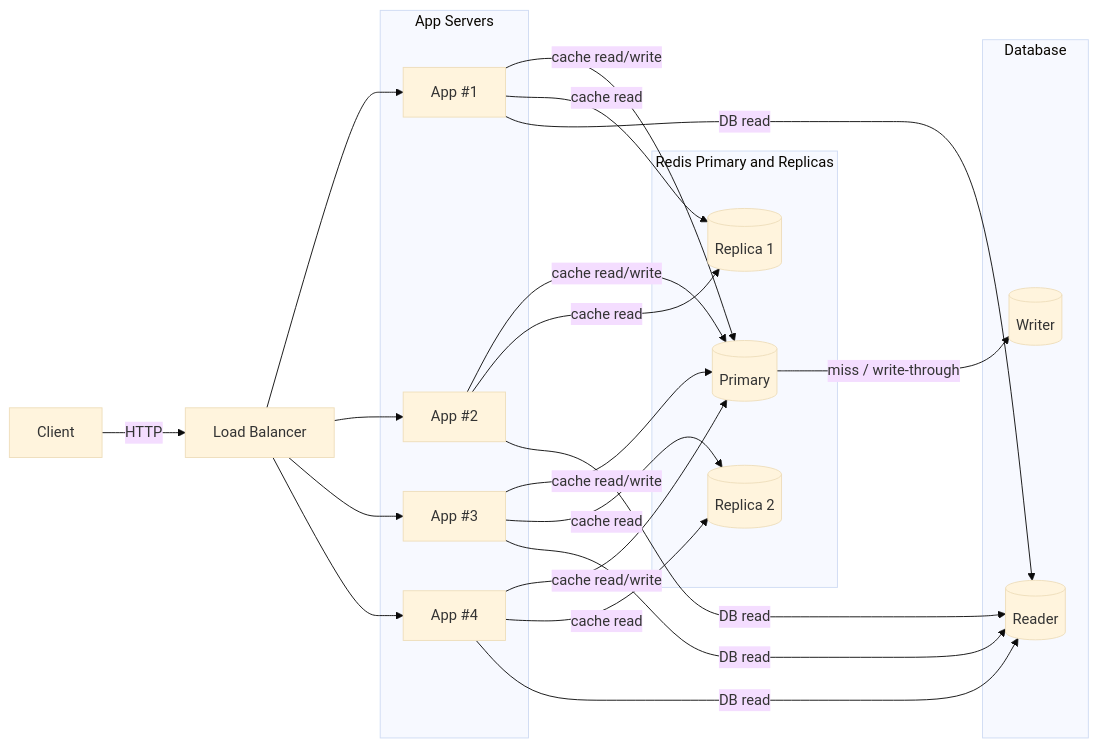
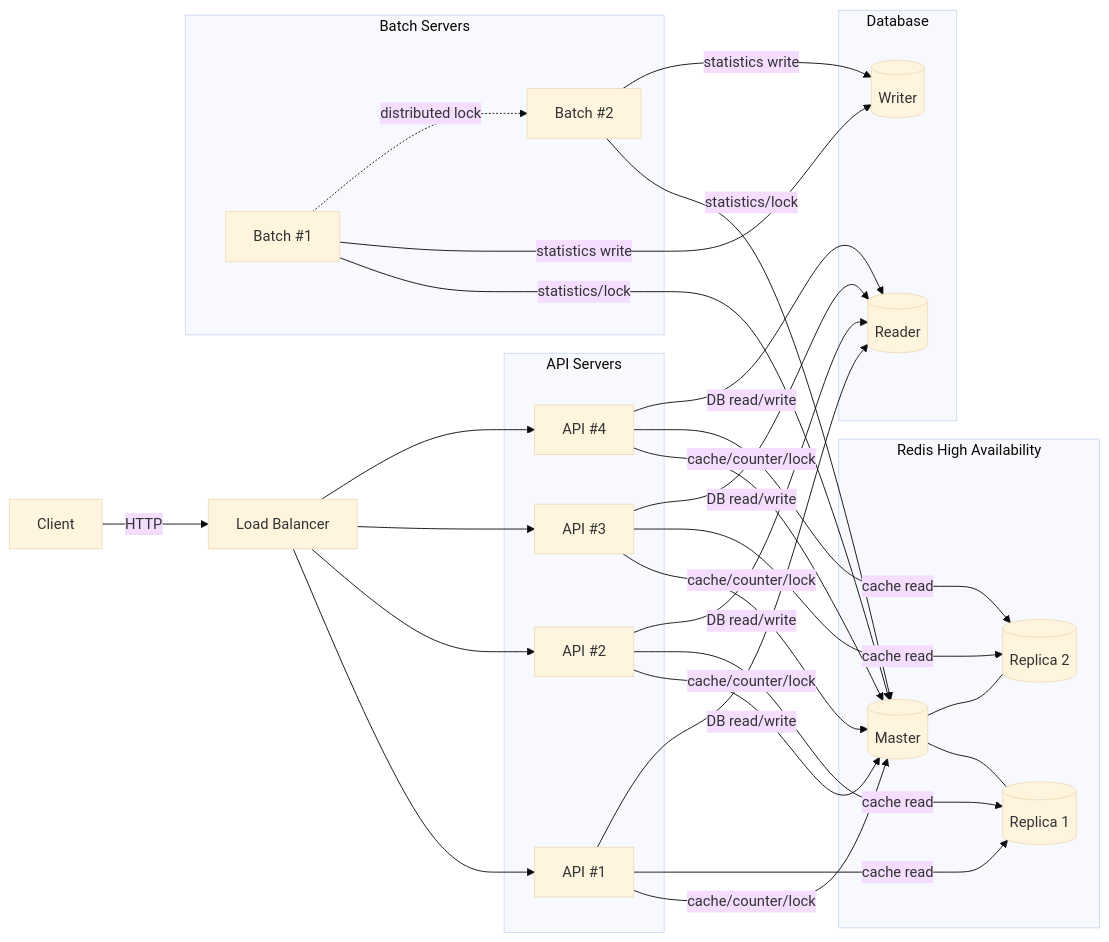
Before and after one commit to column-wise/ShortLink: the diagram in BE/README.md, drawn with Mermaid (base theme). The commit also changed other lines of this file, not shown here.

Commit message:
docs: Add batch servers to system architecture diagram
- Add 2 batch servers to Mermaid architecture diagram
- Show batch servers connection to Redis Master for statistics and distributed locking
- Add batch servers connection to Database Writer for statistics storage
- Include distributed lock relationship between batch server instances

🤖 Generated with [Claude Code](https://claude.ai/code)

````diff
--- a/BE/README.md
+++ b/BE/README.md
@@ -86,47 +86,60 @@
 ```mermaid
 flowchart LR
   Client[Client]
   LB[Load Balancer]
 
-  subgraph App[App Servers]
-    A1[App #1]
-    A2[App #2]
-    A3[App #3]
-    A4[App #4]
+  subgraph App[API Servers]
+    A1[API #1]
+    A2[API #2]
+    A3[API #3]
+    A4[API #4]
   end
 
-  subgraph Redis[Redis Primary and Replicas]
-    R1[(Primary)]
-    R2[(Replica 1)]
-    R3[(Replica 2)]
+  subgraph Batch[Batch Servers]
+    B1[Batch #1]
+    B2[Batch #2]
+  end
+
+  subgraph Redis[Redis High Availability]
+    RM[(Master)]
+    RR1[(Replica 1)]
+    RR2[(Replica 2)]
+    RM --- RR1
+    RM --- RR2
   end
 
   subgraph DB[Database]
     DBW[(Writer)]
     DBR[(Reader)]
   end
 
   Client -->|HTTP| LB
   LB --> A1
   LB --> A2
   LB --> A3
   LB --> A4
 
-  A1 -->|cache read/write| R1
-  A2 -->|cache read/write| R1
-  A3 -->|cache read/write| R1
-  A4 -->|cache read/write| R1
+  A1 -->|cache/counter/lock| RM
+  A2 -->|cache/counter/lock| RM
+  A3 -->|cache/counter/lock| RM
+  A4 -->|cache/counter/lock| RM
 
-  A1 -->|cache read| R2
-  A2 -->|cache read| R2
-  A3 -->|cache read| R3
-  A4 -->|cache read| R3
+  A1 -->|cache read| RR1
+  A2 -->|cache read| RR1
+  A3 -->|cache read| RR2
+  A4 -->|cache read| RR2
 
-  A1 -->|DB read| DBR
-  A2 -->|DB read| DBR
-  A3 -->|DB read| DBR
-  A4 -->|DB read| DBR
+  B1 -->|statistics/lock| RM
+  B2 -->|statistics/lock| RM
 
-  R1 -->|miss / write-through| DBW
+  A1 -->|DB read/write| DBR
+  A2 -->|DB read/write| DBR
+  A3 -->|DB read/write| DBR
+  A4 -->|DB read/write| DBR
+
+  B1 -->|statistics write| DBW
+  B2 -->|statistics write| DBW
+
+  B1 -.->|distributed lock| B2
 
 ```
````
